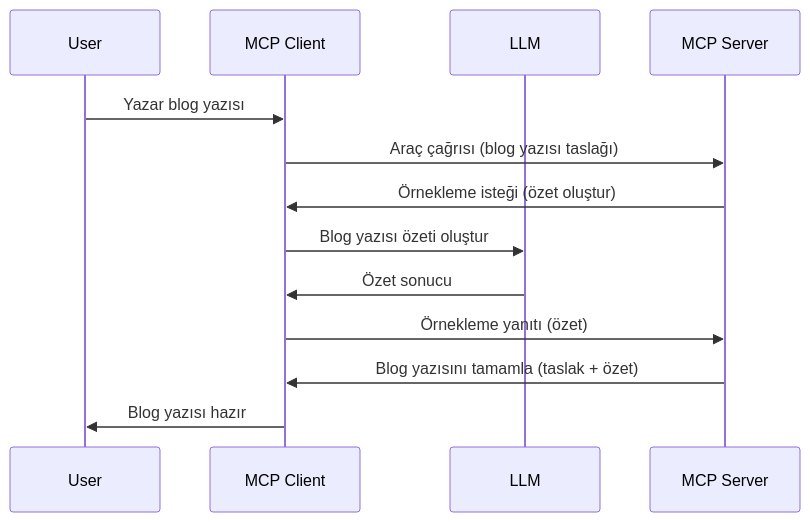
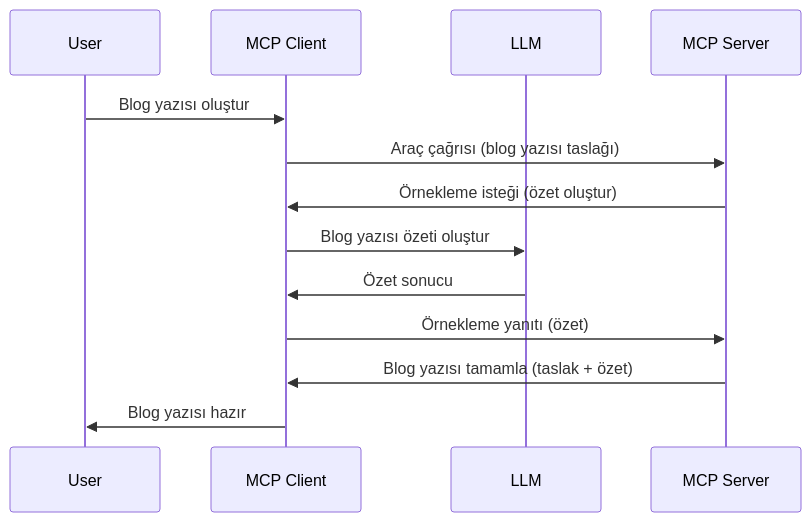
One commit to HIDORAKAI002/ai-workspace-archive changed the diagram in mcp_ecosystem__model_context_protocol/mcp_learning_resources/mcp-for-beginners/translations/tr/03-GettingStarted/14-sampling/README.md. Above: the diagram before and after it, drawn with Mermaid. The commit also changed other lines of this file and 1160 other files, not shown here.

````diff
--- a/mcp_ecosystem__model_context_protocol/mcp_learning_resources/mcp-for-beginners/translations/tr/03-GettingStarted/14-sampling/README.md
+++ b/mcp_ecosystem__model_context_protocol/mcp_learning_resources/mcp-for-beginners/translations/tr/03-GettingStarted/14-sampling/README.md
@@ -23,16 +23,16 @@
 ```mermaid
 sequenceDiagram
     participant User
     participant MCP Client
     participant LLM
     participant MCP Server
 
-    User->>MCP Client: Yazar blog yazısı
+    User->>MCP Client: Blog yazısı oluştur
     MCP Client->>MCP Server: Araç çağrısı (blog yazısı taslağı)
     MCP Server->>MCP Client: Örnekleme isteği (özet oluştur)
     MCP Client->>LLM: Blog yazısı özeti oluştur
     LLM->>MCP Client: Özet sonucu
     MCP Client->>MCP Server: Örnekleme yanıtı (özet)
-    MCP Server->>MCP Client: Blog yazısını tamamla (taslak + özet)
+    MCP Server->>MCP Client: Blog yazısı tamamla (taslak + özet)
     MCP Client->>User: Blog yazısı hazır
 ```
````
